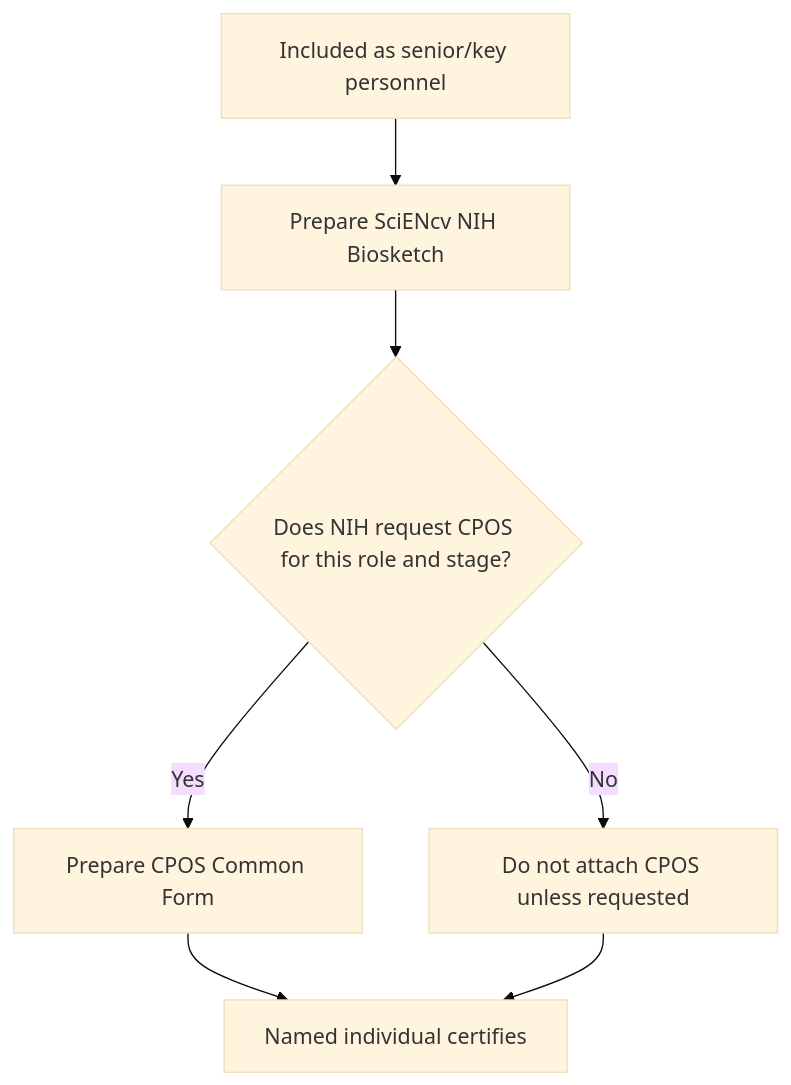
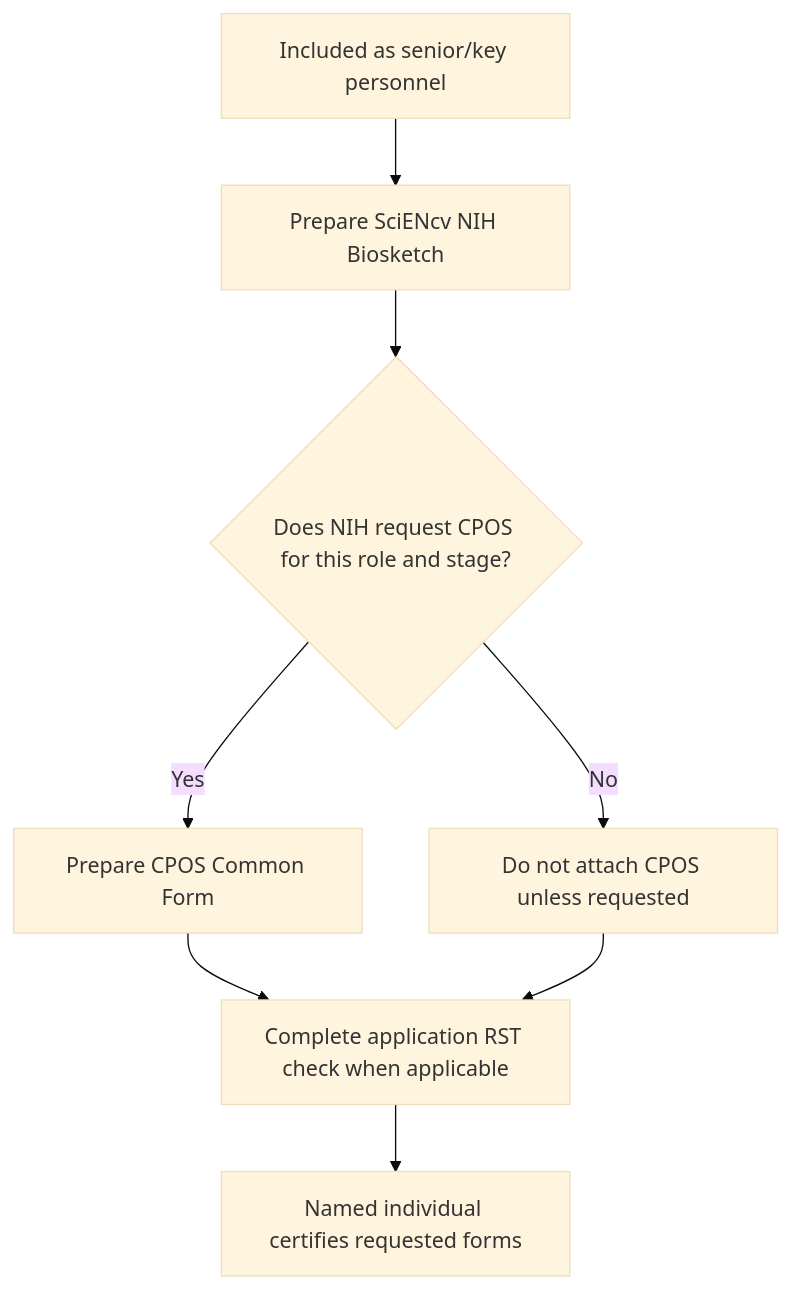
One commit to FritscheLab/nih-sciencv-playbook changed the diagram in docs/quickstarts/key-personnel.md. Above: the diagram before and after it, drawn with Mermaid (base theme). The commit also changed other lines of this file and 48 other files, not shown here.

````diff
--- a/docs/quickstarts/key-personnel.md
+++ b/docs/quickstarts/key-personnel.md
@@ -22,11 +27,12 @@
 ```mermaid
 flowchart TD
     accTitle: Key personnel document check
     accDescr: Senior key personnel usually need a SciENcv biosketch and may need CPOS depending on role and submission stage.
     A["Included as senior/key personnel"] --> B["Prepare SciENcv NIH Biosketch"]
     B --> C{"Does NIH request CPOS for this role and stage?"}
     C -- "Yes" --> D["Prepare CPOS Common Form"]
     C -- "No" --> E["Do not attach CPOS unless requested"]
-    D --> F["Named individual certifies"]
+    D --> F["Complete application RST check when applicable"]
     E --> F
+    F --> G["Named individual certifies requested forms"]
 ```
````
